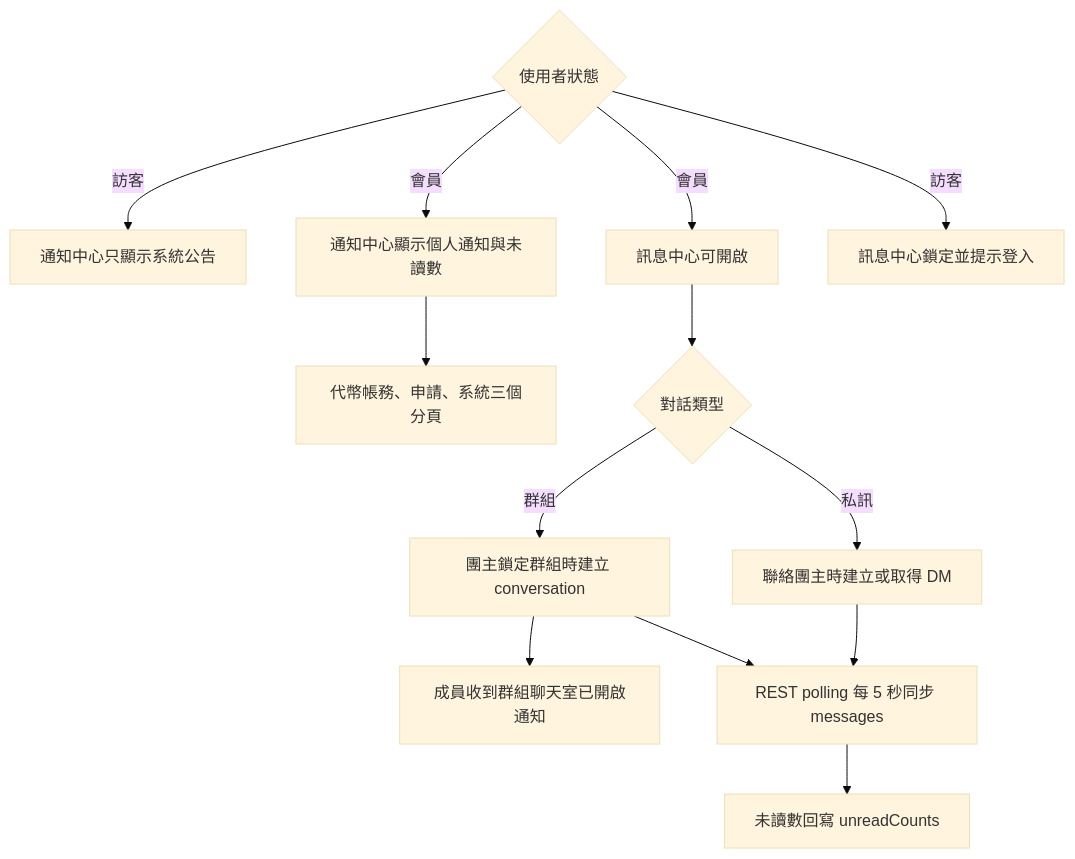
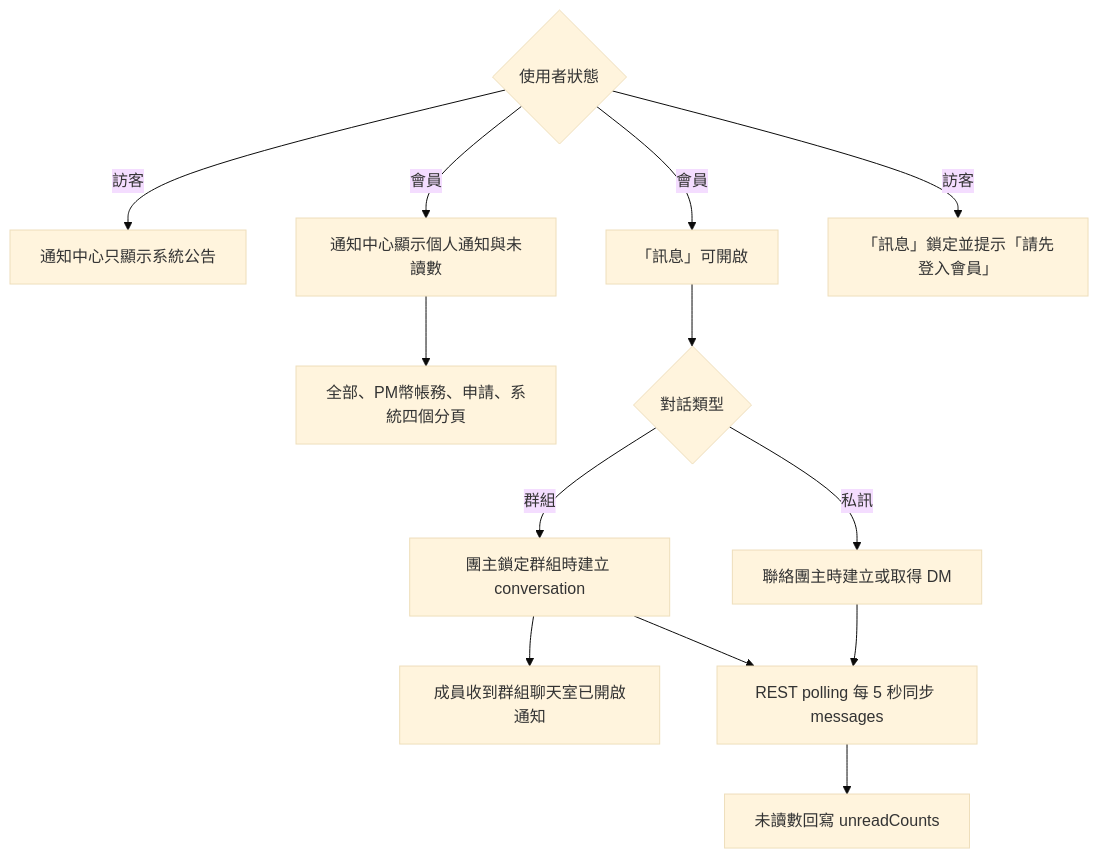
Diagram 15 of 15 in docs/user-flows.md (s1092055/PartyMatch), drawn with Mermaid (base theme) before and after one commit. The commit also changed other lines of this file and 16 other files, not shown here.

````diff
--- a/docs/user-flows.md
+++ b/docs/user-flows.md
@@ -223,15 +223,15 @@
 ```mermaid
 flowchart TD
   A{使用者狀態} -->|訪客| B[通知中心只顯示系統公告]
   A -->|會員| C[通知中心顯示個人通知與未讀數]
-  C --> D[代幣帳務、申請、系統三個分頁]
-  A -->|會員| E[訊息中心可開啟]
-  A -->|訪客| F[訊息中心鎖定並提示登入]
+  C --> D[全部、PM幣帳務、申請、系統四個分頁]
+  A -->|會員| E[「訊息」可開啟]
+  A -->|訪客| F[「訊息」鎖定並提示「請先登入會員」]
   E --> G{對話類型}
   G -->|群組| H[團主鎖定群組時建立 conversation]
   G -->|私訊| I[聯絡團主時建立或取得 DM]
   H --> J[成員收到群組聊天室已開啟通知]
   I --> K[REST polling 每 5 秒同步 messages]
   H --> K
   K --> L[未讀數回寫 unreadCounts]
 ```
````
